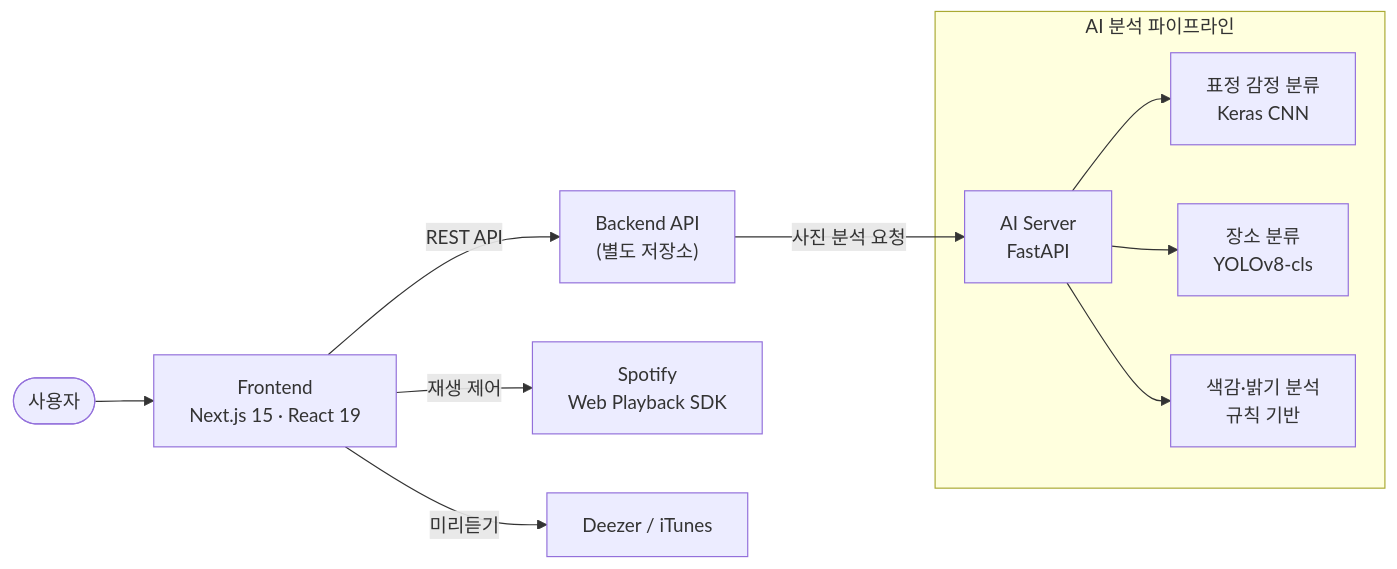
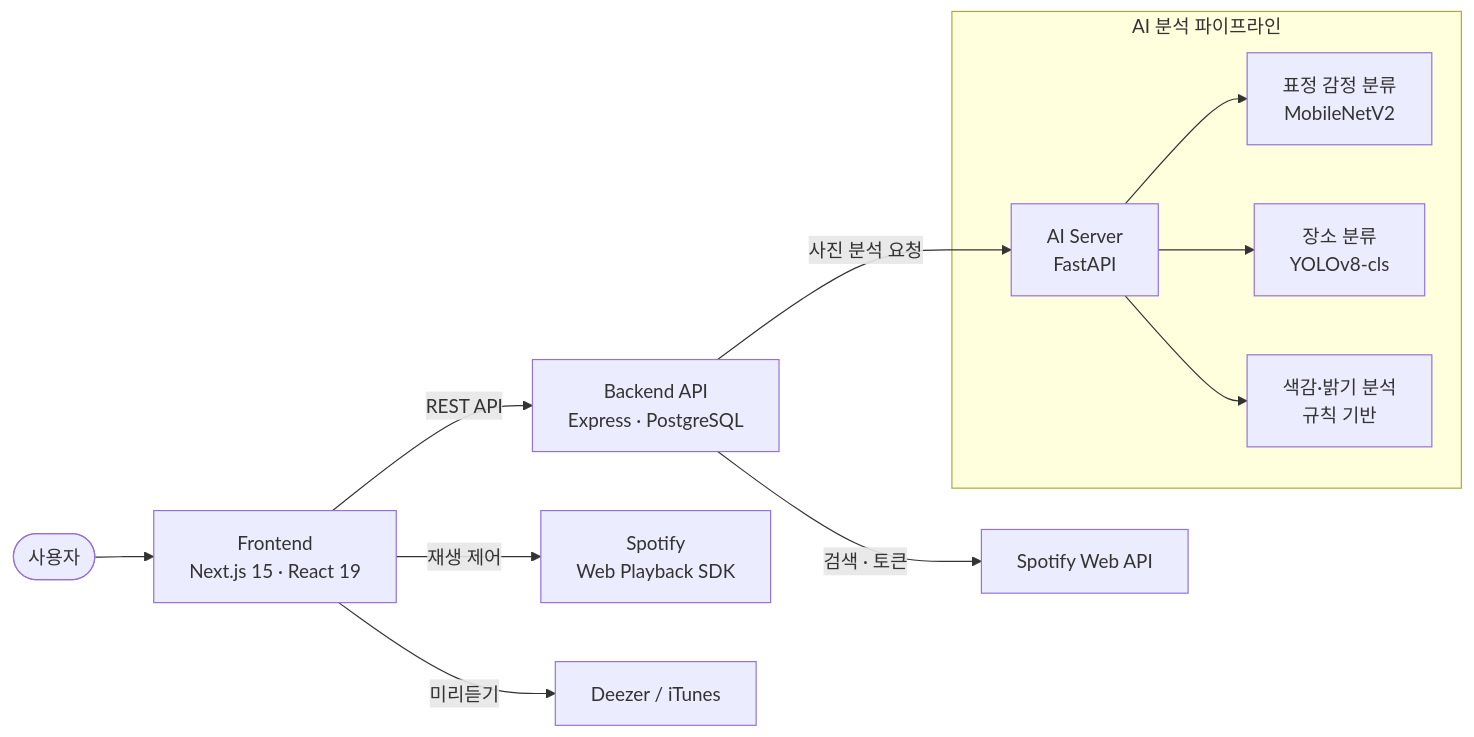
Before and after one commit to Chasoonwook/capstone: the diagram in README.md, drawn with Mermaid. The commit also changed other lines of this file, not shown here.

````diff
--- a/README.md
+++ b/README.md
@@ -30,14 +30,15 @@
 ```mermaid
 flowchart LR
     U([사용자]) --> F["Frontend<br/>Next.js 15 · React 19"]
-    F -- REST API --> B["Backend API<br/>(별도 저장소)"]
+    F -- REST API --> B["Backend API<br/>Express · PostgreSQL"]
     B -- 사진 분석 요청 --> A["AI Server<br/>FastAPI"]
+    B -- 검색 · 토큰 --> SW["Spotify Web API"]
     F -- 재생 제어 --> S["Spotify<br/>Web Playback SDK"]
     F -- 미리듣기 --> P["Deezer / iTunes"]
 
     subgraph AI["AI 분석 파이프라인"]
-        A --> E["표정 감정 분류<br/>Keras CNN"]
+        A --> E["표정 감정 분류<br/>MobileNetV2"]
         A --> Y["장소 분류<br/>YOLOv8-cls"]
         A --> R["색감·밝기 분석<br/>규칙 기반"]
     end
 ```
````
